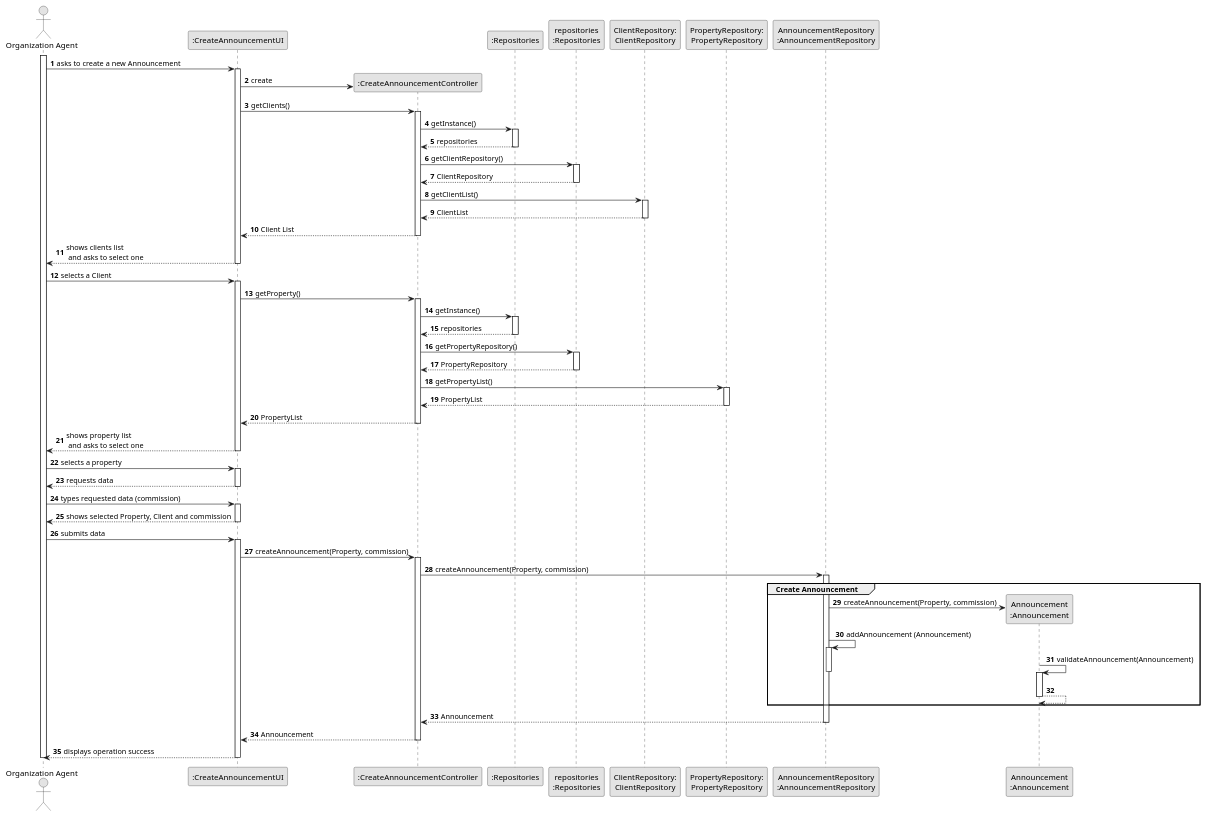
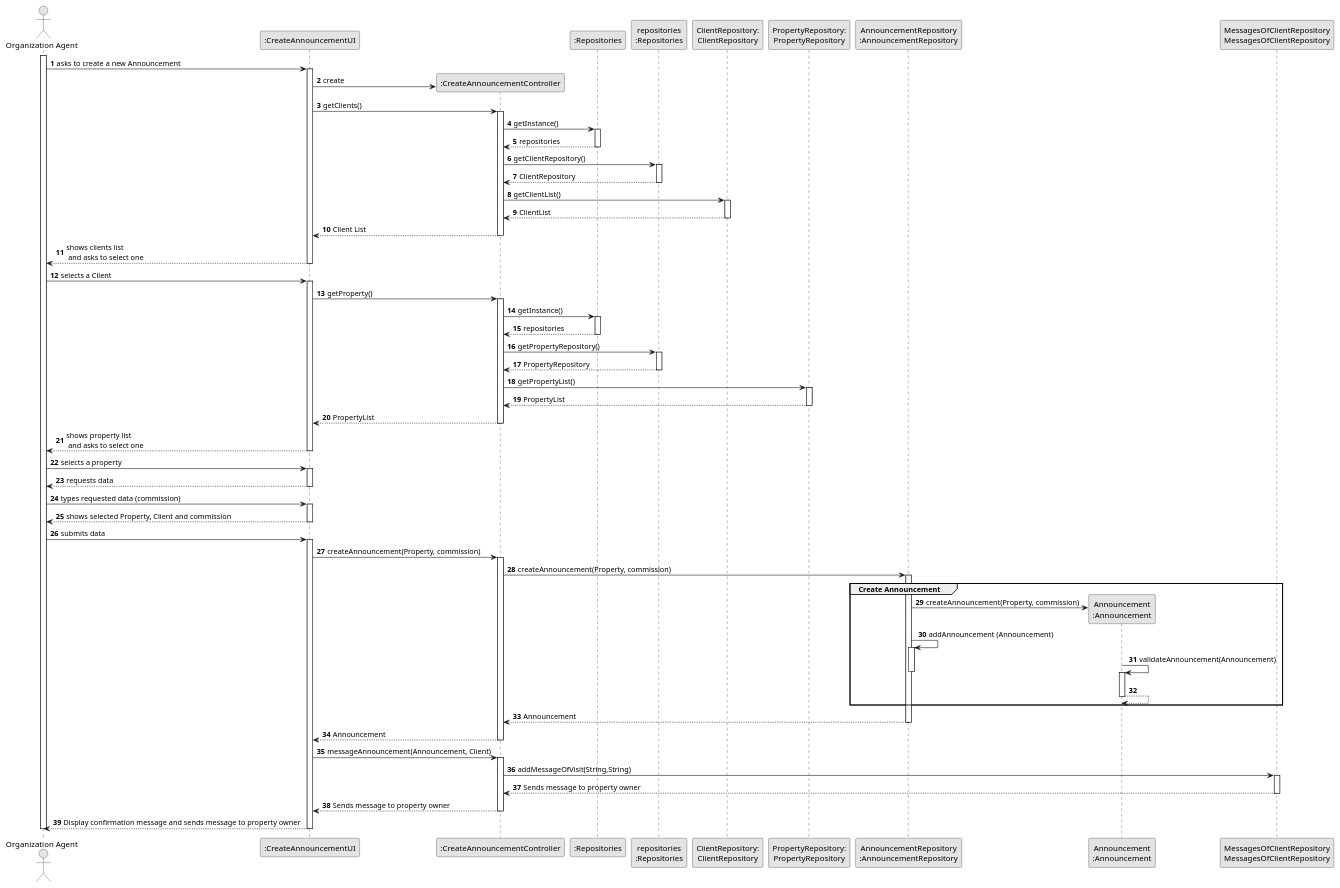
Before and after one commit to hugosilva2901/lei-22-s2-1DO-g68: the diagram in lei-22-s2-1do-g68/docs/SprintD/us002Refinement/03.design/puml/us002-sequence-diagram-full.puml, drawn with PlantUML. The commit also changed 8 other files, not shown here.

```diff
--- a/lei-22-s2-1do-g68/docs/SprintD/us002Refinement/03.design/puml/us002-sequence-diagram-full.puml
+++ b/lei-22-s2-1do-g68/docs/SprintD/us002Refinement/03.design/puml/us002-sequence-diagram-full.puml
@@ -1,133 +1,143 @@
 @startuml
 skinparam monochrome true
 skinparam packageStyle rectangle
 skinparam shadowing false
 
 autonumber
 
 'hide footbox
 actor "Organization Agent" as ADM
 participant ":CreateAnnouncementUI" as UI
 participant ":CreateAnnouncementController" as CTRL
 participant ":Repositories" as RepositorySingleton
 participant "repositories\n:Repositories" as PLAT
 participant "ClientRepository:\nClientRepository" as TaskCategoryRepository
 participant "PropertyRepository:\nPropertyRepository" as PropertyRepository
 participant "AnnouncementRepository\n:AnnouncementRepository" as ORG
 participant "Announcement\n:Announcement" as TAREFA
+participant "MessagesOfClientRepository\nMessagesOfClientRepository" as MessREPO
 
 activate ADM
 
         ADM -> UI : asks to create a new Announcement
 
         activate UI
 
 '            UI --> ADM : requests data (reference, description,  informal \n description, technical description, duration, cost)
             'create CTRL
             UI -> CTRL** : create
 
             UI -> CTRL : getClients()
             activate CTRL
 
                 CTRL -> RepositorySingleton : getInstance()
                 activate RepositorySingleton
 
                     RepositorySingleton --> CTRL: repositories
                 deactivate RepositorySingleton
 
                 CTRL -> PLAT : getClientRepository()
                 activate PLAT
 
                     PLAT --> CTRL: ClientRepository
                 deactivate PLAT
 
                 CTRL -> TaskCategoryRepository : getClientList()
                 activate TaskCategoryRepository
 
                     TaskCategoryRepository --> CTRL : ClientList
                 deactivate TaskCategoryRepository
 
                 CTRL --> UI : Client List
             deactivate CTRL
 
             UI --> ADM : shows clients list\n and asks to select one
         deactivate UI
 
     ADM -> UI : selects a Client
     activate UI
 
                 UI -> CTRL : getProperty()
                 activate CTRL
 
                     CTRL -> RepositorySingleton : getInstance()
                     activate RepositorySingleton
 
                         RepositorySingleton --> CTRL: repositories
                     deactivate RepositorySingleton
 
                     CTRL -> PLAT : getPropertyRepository()
                     activate PLAT
 
                         PLAT --> CTRL: PropertyRepository
                     deactivate PLAT
 
                     CTRL -> PropertyRepository : getPropertyList()
                     activate PropertyRepository
 
                         PropertyRepository --> CTRL : PropertyList
                     deactivate PropertyRepository
 
                     CTRL --> UI : PropertyList
                 deactivate CTRL
 
                 UI --> ADM : shows property list\n and asks to select one
             deactivate UI
 
         ADM -> UI : selects a property
         activate UI
 
         UI --> ADM : requests data
     deactivate UI
 
     ADM -> UI : types requested data (commission)
     activate UI
 
         UI --> ADM : shows selected Property, Client and commission
     deactivate UI
 
     ADM -> UI : submits data
         activate UI
 
             UI -> CTRL : createAnnouncement(Property, commission)
             activate CTRL
 
                 CTRL -> ORG: createAnnouncement(Property, commission)
                 activate ORG
 
                     group Create Announcement
                         ORG -> TAREFA**: createAnnouncement(Property, commission)
                         ORG -> ORG: addAnnouncement (Announcement)
 
 
                         activate ORG
                             TAREFA -> TAREFA: validateAnnouncement(Announcement)
                         deactivate ORG
 
                         activate TAREFA
                             TAREFA --> TAREFA
                         deactivate TAREFA
 
 
                     end
 
                     ORG --> CTRL : Announcement
                 deactivate ORG
 
                 CTRL --> UI: Announcement
                 deactivate CTRL
-                UI --> ADM: displays operation success
-        deactivate UI
+UI -> CTRL : messageAnnouncement(Announcement, Client)
+activate CTRL
+CTRL -> MessREPO: addMessageOfVisit(String,String)
+activate MessREPO
 
-    deactivate ADM
+MessREPO --> CTRL : Sends message to property owner
+deactivate MessREPO
+CTRL --> UI: Sends message to property owner
+deactivate CTRL
+UI --> ADM: Display confirmation message and sends message to property owner
+deactivate UI
+
+deactivate ADM
 
 @enduml
```
